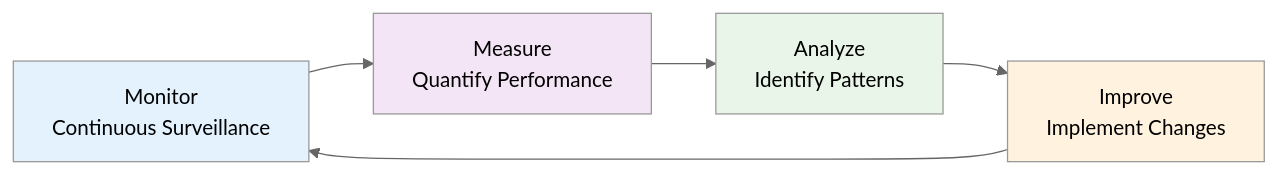
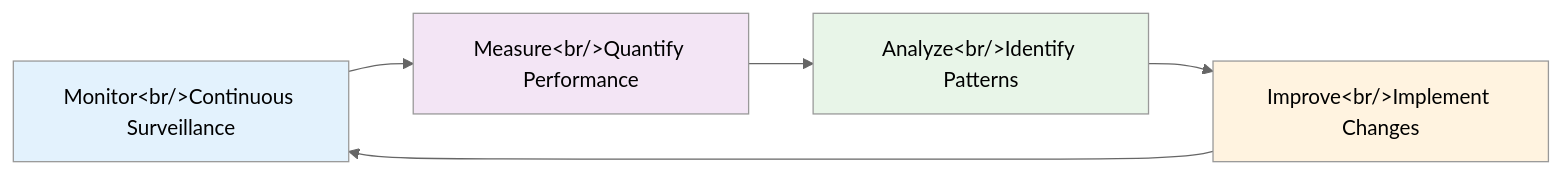
Before and after one commit to milavdabgar/studio: the sixth of 6 diagrams in content/resources/study-materials/32-ict/sem-5/4353204-cyber-security/slidev/02-computer-security-fundamentals.md, drawn with Mermaid (neutral theme). The commit also changed other lines of this file and 4 other files, not shown here.

````diff
--- a/content/resources/study-materials/32-ict/sem-5/4353204-cyber-security/slidev/02-computer-security-fundamentals.md
+++ b/content/resources/study-materials/32-ict/sem-5/4353204-cyber-security/slidev/02-computer-security-fundamentals.md
@@ -2427,12 +2429,12 @@
 ```mermaid
 graph LR
-    A[Monitor<br/>Continuous Surveillance] --> B[Measure<br/>Quantify Performance]
-    B --> C[Analyze<br/>Identify Patterns]
-    C --> D[Improve<br/>Implement Changes]
+    A[Monitor&lt;br/&gt;Continuous Surveillance] --> B[Measure&lt;br/&gt;Quantify Performance]
+    B --> C[Analyze&lt;br/&gt;Identify Patterns]
+    C --> D[Improve&lt;br/&gt;Implement Changes]
     D --> A
     
     style A fill:#e3f2fd
     style B fill:#f3e5f5
     style C fill:#e8f5e8
     style D fill:#fff3e0
 ```
````
